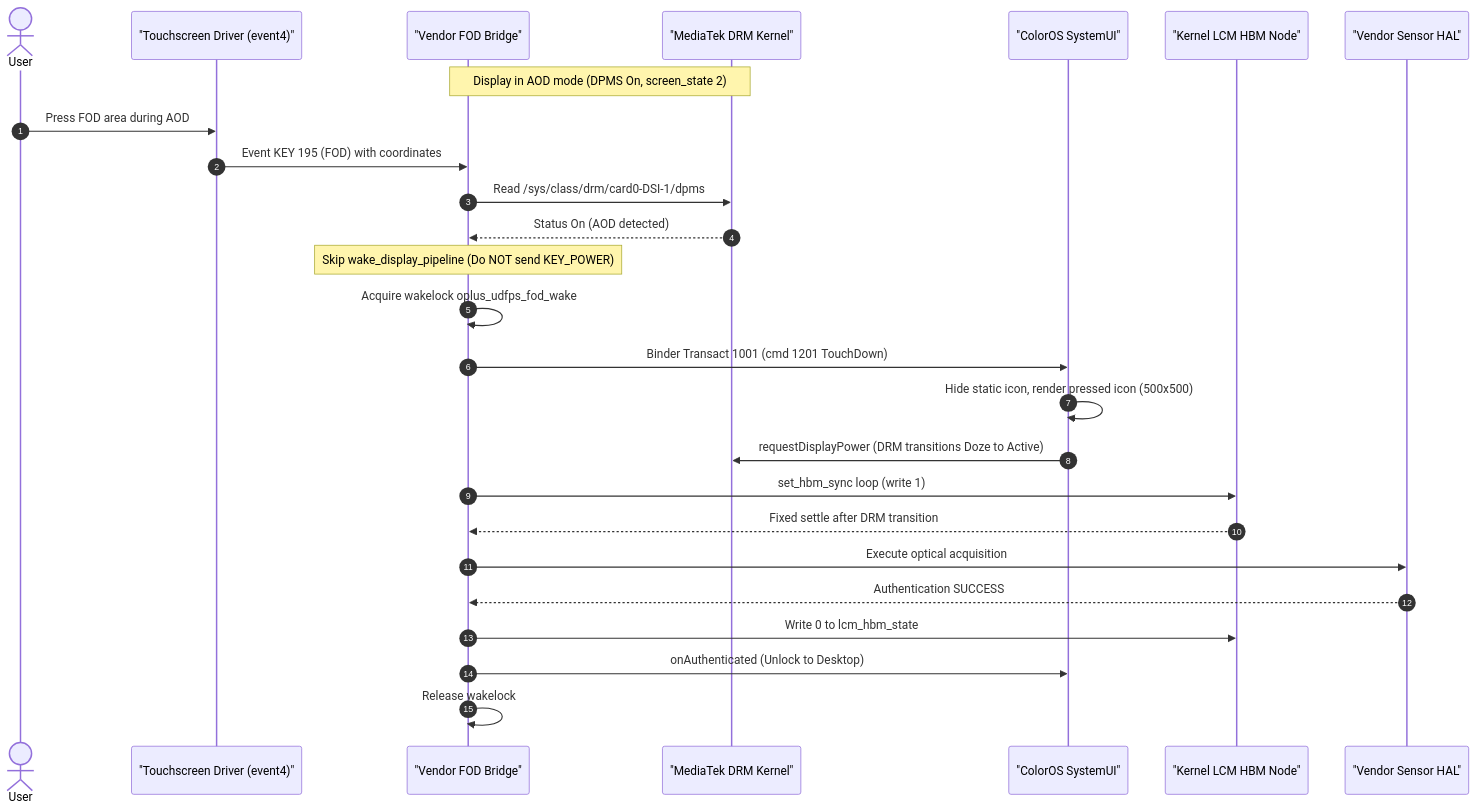
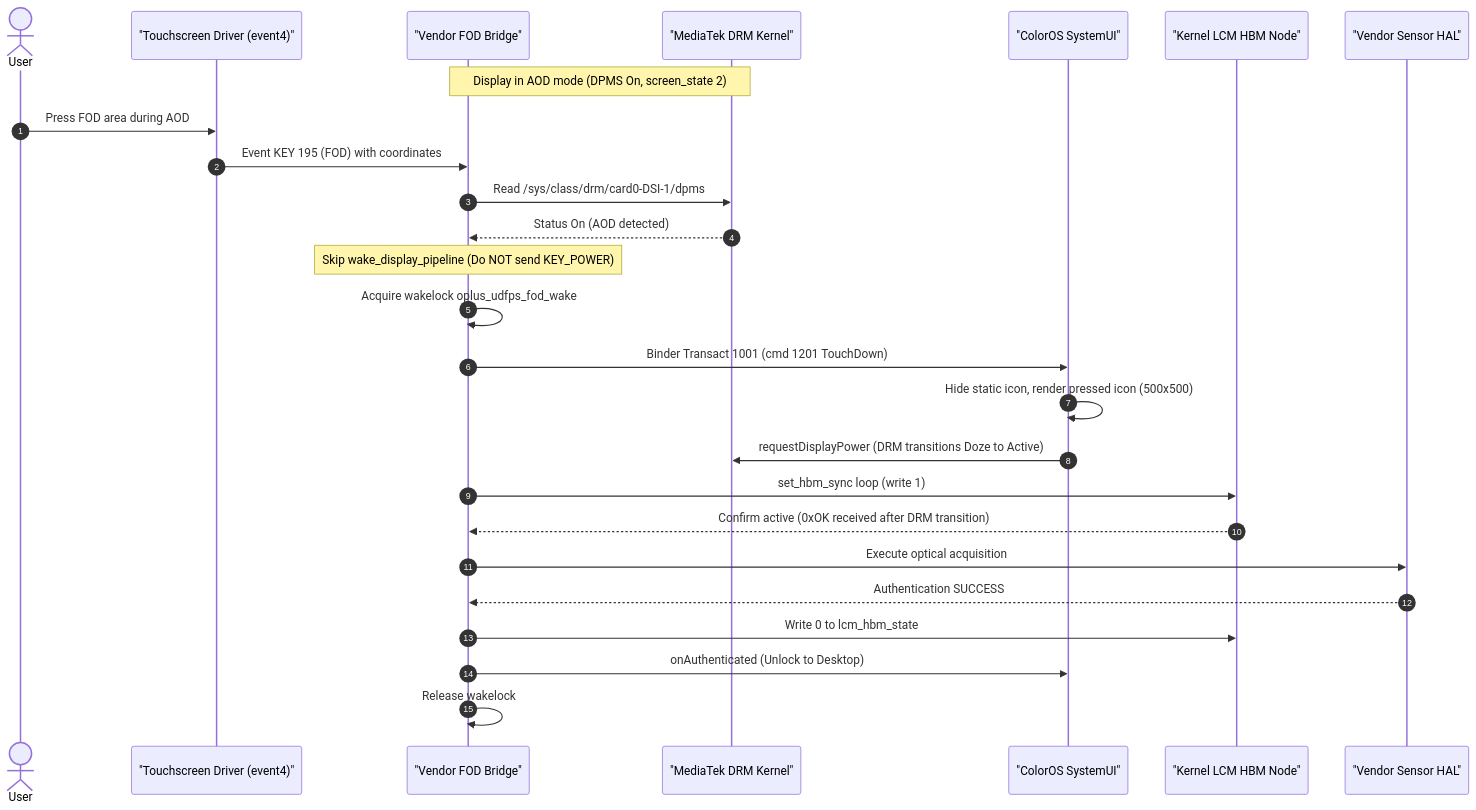
The third of 4 diagrams in README.md (usermahiro/Oplus-UDFPS-Bridge-Transsion), drawn with Mermaid before and after one commit. The commit also changed other lines of this file and 12 other files, not shown here.

````diff
--- a/README.md
+++ b/README.md
@@ -130,29 +139,29 @@
 ```mermaid
 sequenceDiagram
     autonumber
     actor User as User
     participant TP as "Touchscreen Driver (event4)"
     participant Bridge as "Vendor FOD Bridge"
     participant MtkDrm as "MediaTek DRM Kernel"
     participant UI as "ColorOS SystemUI"
     participant HBM as "Kernel LCM HBM Node"
     participant Sensor as "Vendor Sensor HAL"
 
     Note over Bridge,MtkDrm: Display in AOD mode (DPMS On, screen_state 2)
     User->>TP: Press FOD area during AOD
     TP->>Bridge: Event KEY 195 (FOD) with coordinates
     Bridge->>MtkDrm: Read /sys/class/drm/card0-DSI-1/dpms
     MtkDrm-->>Bridge: Status On (AOD detected)
     Note over Bridge: Skip wake_display_pipeline (Do NOT send KEY_POWER)
     Bridge->>Bridge: Acquire wakelock oplus_udfps_fod_wake
     Bridge->>UI: Binder Transact 1001 (cmd 1201 TouchDown)
     UI->>UI: Hide static icon, render pressed icon (500x500)
     UI->>MtkDrm: requestDisplayPower (DRM transitions Doze to Active)
     Bridge->>HBM: set_hbm_sync loop (write 1)
-    HBM-->>Bridge: Fixed settle after DRM transition
+    HBM-->>Bridge: Confirm active (0xOK received after DRM transition)
     Bridge->>Sensor: Execute optical acquisition
     Sensor-->>Bridge: Authentication SUCCESS
     Bridge->>HBM: Write 0 to lcm_hbm_state
     Bridge->>UI: onAuthenticated (Unlock to Desktop)
     Bridge->>Bridge: Release wakelock
 ```
````
